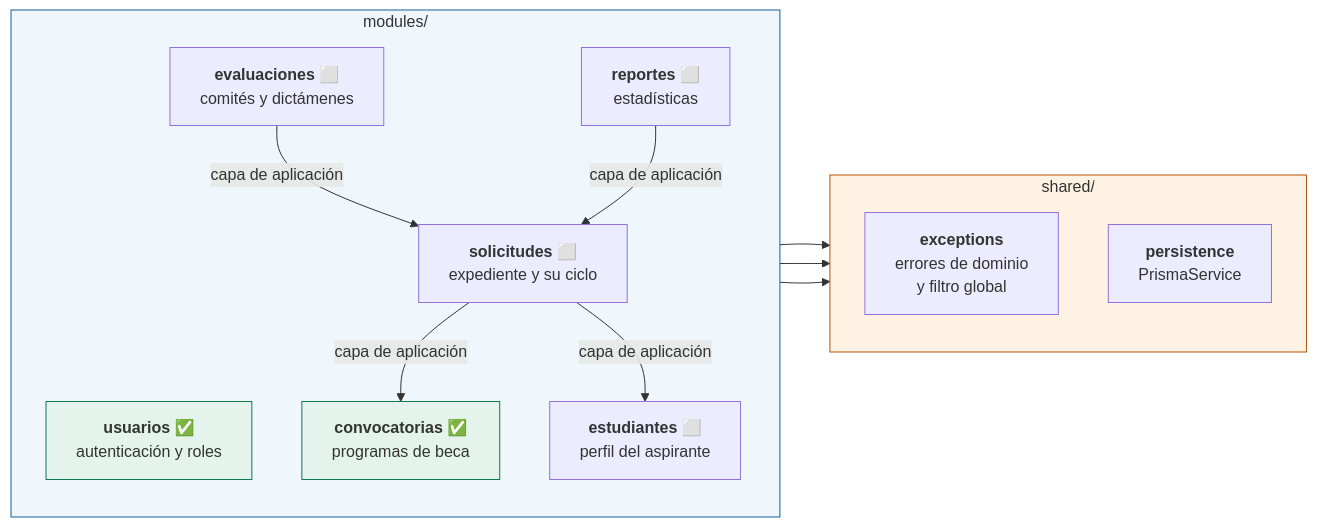
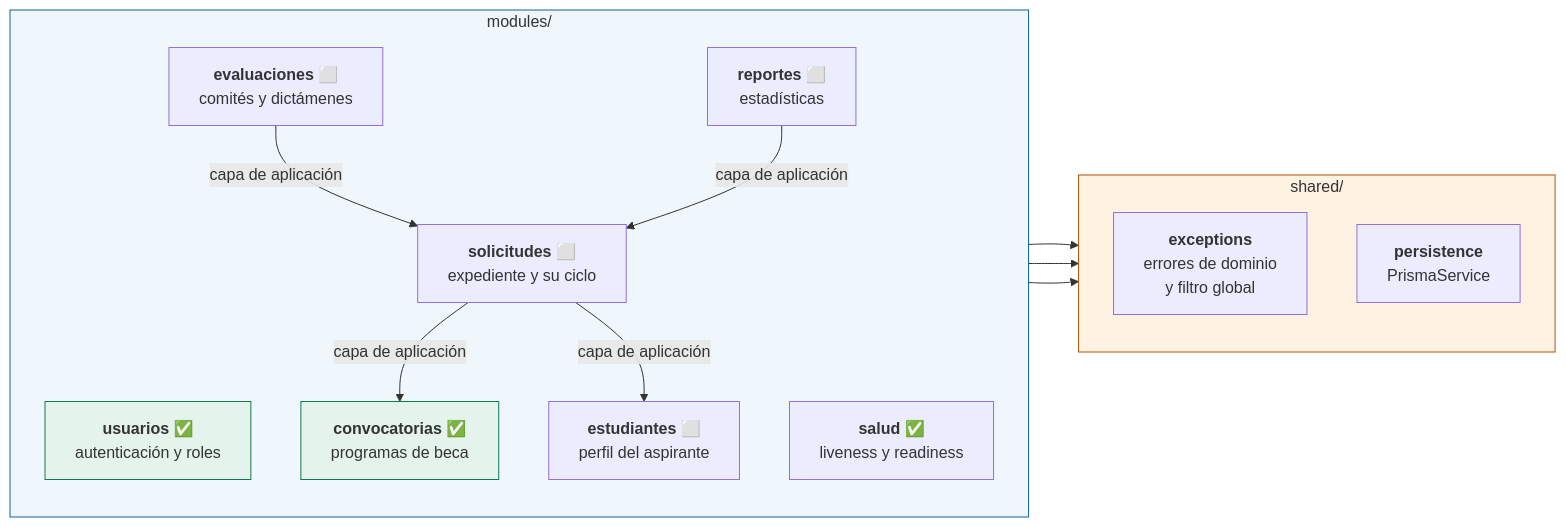
One commit to Isacasvas123/proyecto-becas changed the second of 3 diagrams in docs/diagramas/02-componentes.md. Above: the diagram before and after it, drawn with Mermaid. The commit also changed other lines of this file and 4 other files, not shown here.

````diff
--- a/docs/diagramas/02-componentes.md
+++ b/docs/diagramas/02-componentes.md
@@ -69,32 +69,33 @@
 ```mermaid
 flowchart LR
     subgraph MODULOS["modules/"]
         direction TB
         M1["<b>usuarios</b> ✅<br/>autenticación y roles"]
         M2["<b>convocatorias</b> ✅<br/>programas de beca"]
         M3["<b>estudiantes</b> ⬜<br/>perfil del aspirante"]
         M4["<b>solicitudes</b> ⬜<br/>expediente y su ciclo"]
         M5["<b>evaluaciones</b> ⬜<br/>comités y dictámenes"]
         M6["<b>reportes</b> ⬜<br/>estadísticas"]
+        M7["<b>salud</b> ✅<br/>liveness y readiness"]
     end
 
     subgraph COMPARTIDO["shared/"]
         direction TB
         S1["<b>exceptions</b><br/>errores de dominio<br/>y filtro global"]
         S2["<b>persistence</b><br/>PrismaService"]
     end
 
     M4 -->|capa de aplicación| M2
     M4 -->|capa de aplicación| M3
     M5 -->|capa de aplicación| M4
     M6 -->|capa de aplicación| M4
 
     M1 --> COMPARTIDO
     M2 --> COMPARTIDO
     M4 --> COMPARTIDO
 
     style M1 fill:#e4f4ec,stroke:#0f7a52
     style M2 fill:#e4f4ec,stroke:#0f7a52
     style MODULOS fill:#f0f7fc,stroke:#12609c
     style COMPARTIDO fill:#fef3e2,stroke:#b45309
 ```
````
